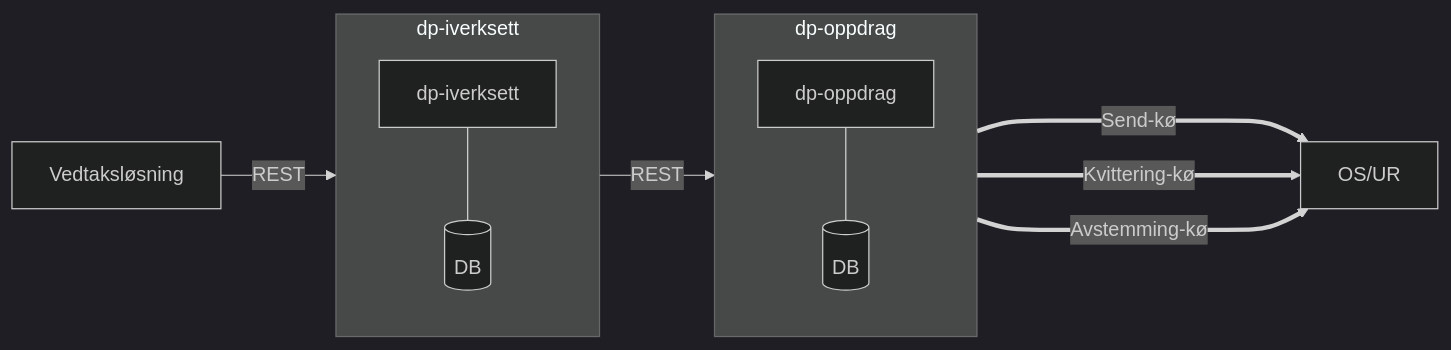
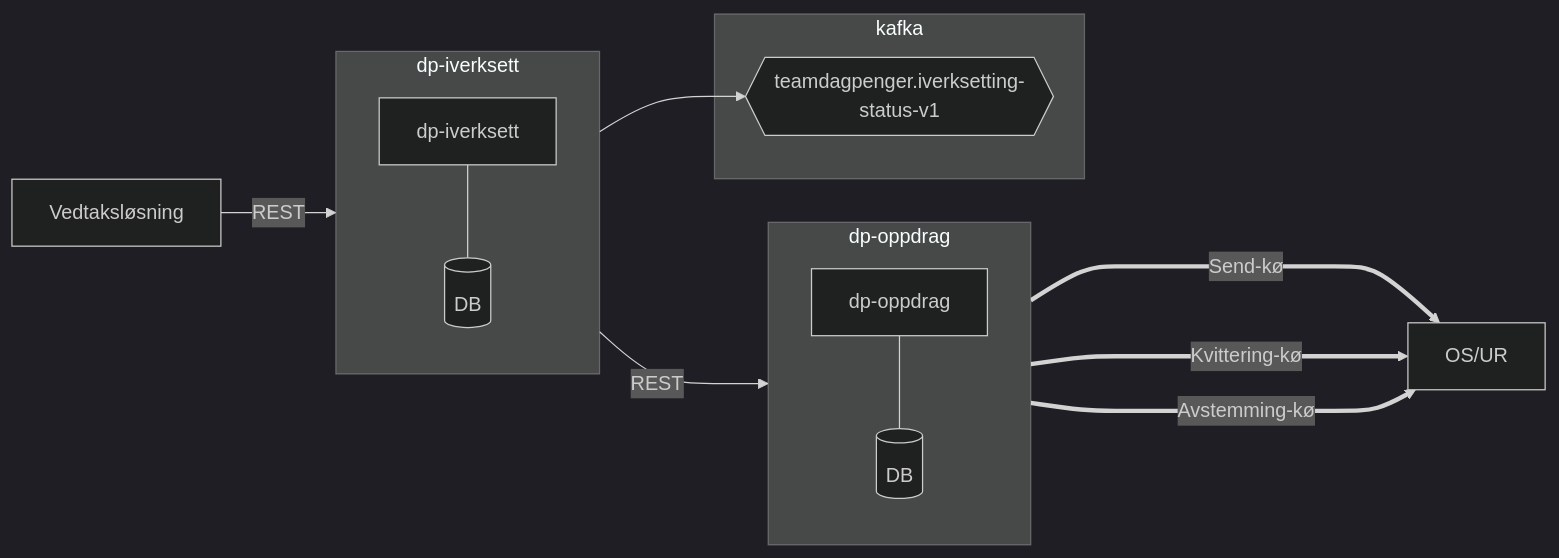
Before and after one commit to navikt/dp-iverksett: the diagram in pages/index.mdx, drawn with Mermaid (dark theme). The commit also changed 2 other files, not shown here.

Commit message:
Oppdater arkitekturskisse og titler på undersider

````diff
--- a/pages/index.mdx
+++ b/pages/index.mdx
@@ -18,25 +18,31 @@
 ```mermaid
 graph LR
     subgraph dp-iverksett
       iverksett["dp-iverksett"]
       iverksettDB[(DB)]
 
       iverksett --- iverksettDB
     end
 
     subgraph dp-oppdrag
       oppdrag["dp-oppdrag"]
       oppdragDB[(DB)]
 
       oppdrag --- oppdragDB
     end
 
     vedtak["Vedtaksløsning"]
     osur["OS/UR"]
 
+
+    subgraph kafka
+        topic{{teamdagpenger.iverksetting-status-v1}}
+    end
+
     vedtak -->|REST| dp-iverksett
     dp-iverksett -->|REST| dp-oppdrag
+    dp-iverksett --> topic
     dp-oppdrag ====>|Send-kø| osur
     dp-oppdrag ====>|Kvittering-kø| osur
     dp-oppdrag ====>|Avstemming-kø| osur
 ```
````
